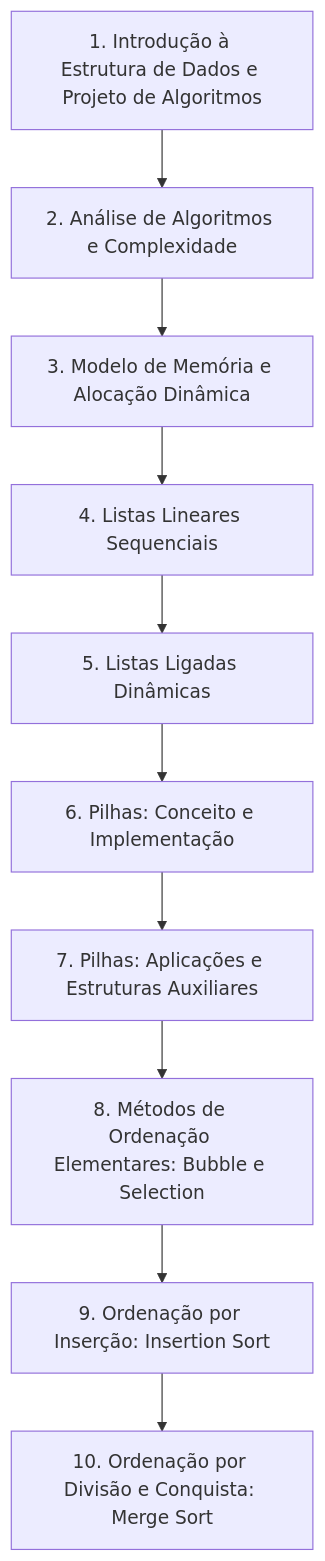
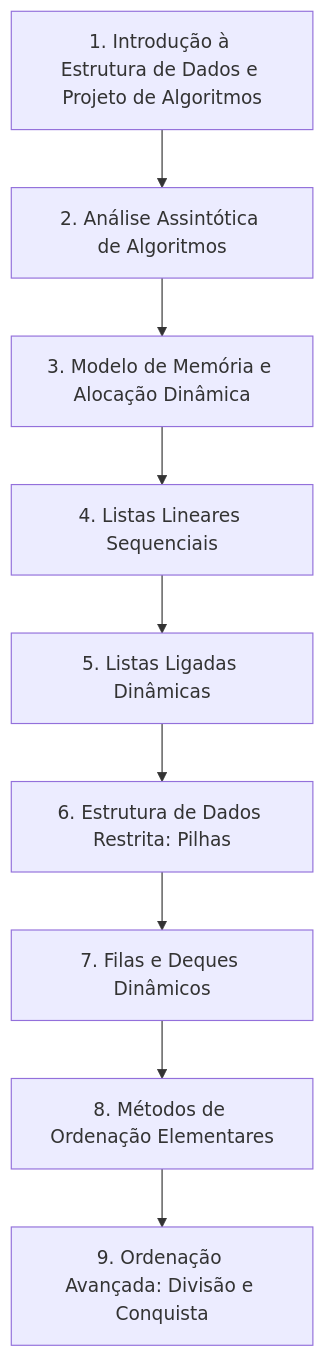
Before and after one commit to murilolol/unifef: the first of 26 diagrams in 4º Semestre/[Prof. Wesley Soares] Estrutura de Dados I/Resumos-IA/Simulados-Comentados.md, drawn with Mermaid. The commit also changed other lines of this file and 58 other files, not shown here.

````diff
--- a/4º Semestre/[Prof. Wesley Soares] Estrutura de Dados I/Resumos-IA/Simulados-Comentados.md
+++ b/4º Semestre/[Prof. Wesley Soares] Estrutura de Dados I/Resumos-IA/Simulados-Comentados.md
@@ -134,12 +99,11 @@
 ```mermaid
 flowchart TD
-  U1["1. Introdução à Estrutura de Dados e Projeto de Algoritmos"] --> U2["2. Análise de Algoritmos e Complexidade"]
-  U2 --> U3["3. Modelo de Memória e Alocação Dinâmica"]
-  U3 --> U4["4. Listas Lineares Sequenciais"]
-  U4 --> U5["5. Listas Ligadas Dinâmicas"]
-  U5 --> U6["6. Pilhas: Conceito e Implementação"]
-  U6 --> U7["7. Pilhas: Aplicações e Estruturas Auxiliares"]
-  U7 --> U8["8. Métodos de Ordenação Elementares: Bubble e Selection"]
-  U8 --> U9["9. Ordenação por Inserção: Insertion Sort"]
-  U9 --> U10["10. Ordenação por Divisão e Conquista: Merge Sort"]
+    U1["1. Introdução à Estrutura de Dados e Projeto de Algoritmos"] --> U2["2. Análise Assintótica de Algoritmos"]
+    U2 --> U3["3. Modelo de Memória e Alocação Dinâmica"]
+    U3 --> U4["4. Listas Lineares Sequenciais"]
+    U4 --> U5["5. Listas Ligadas Dinâmicas"]
+    U5 --> U6["6. Estrutura de Dados Restrita: Pilhas"]
+    U6 --> U7["7. Filas e Deques Dinâmicos"]
+    U7 --> U8["8. Métodos de Ordenação Elementares"]
+    U8 --> U9["9. Ordenação Avançada: Divisão e Conquista"]
 ```
````
